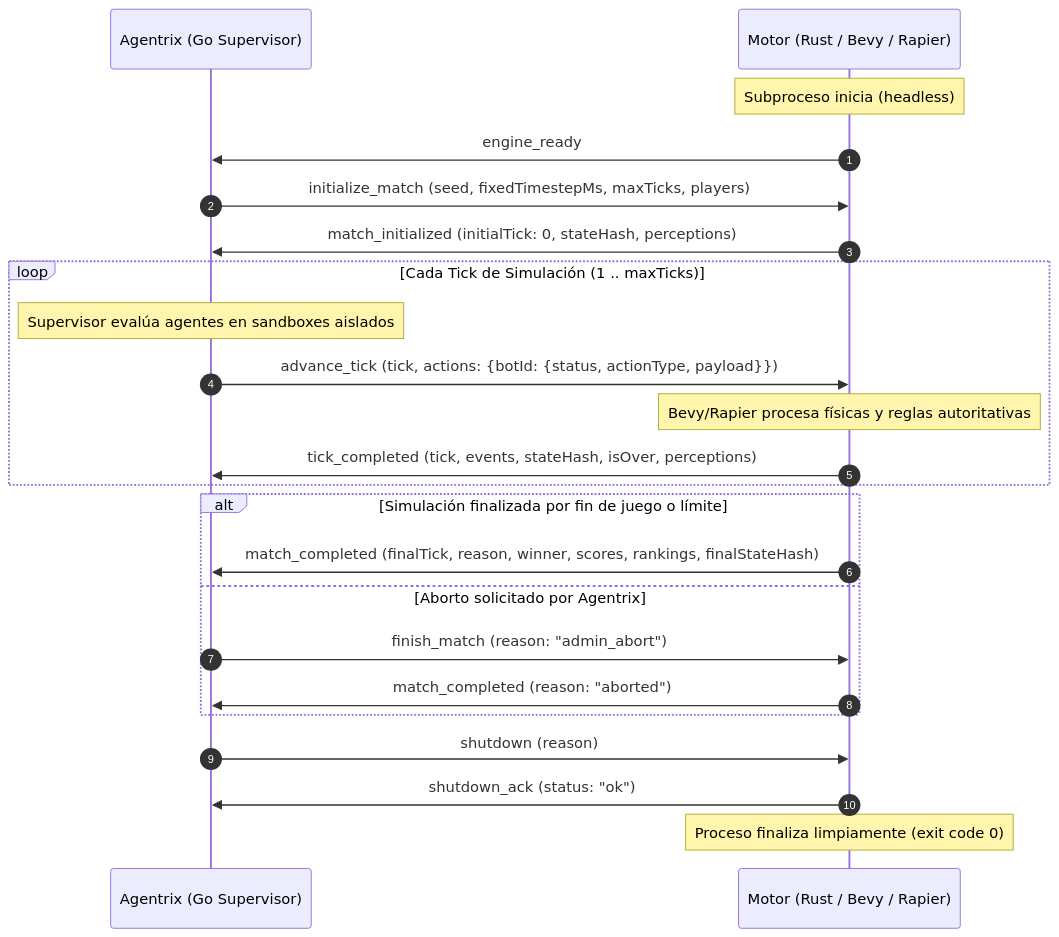
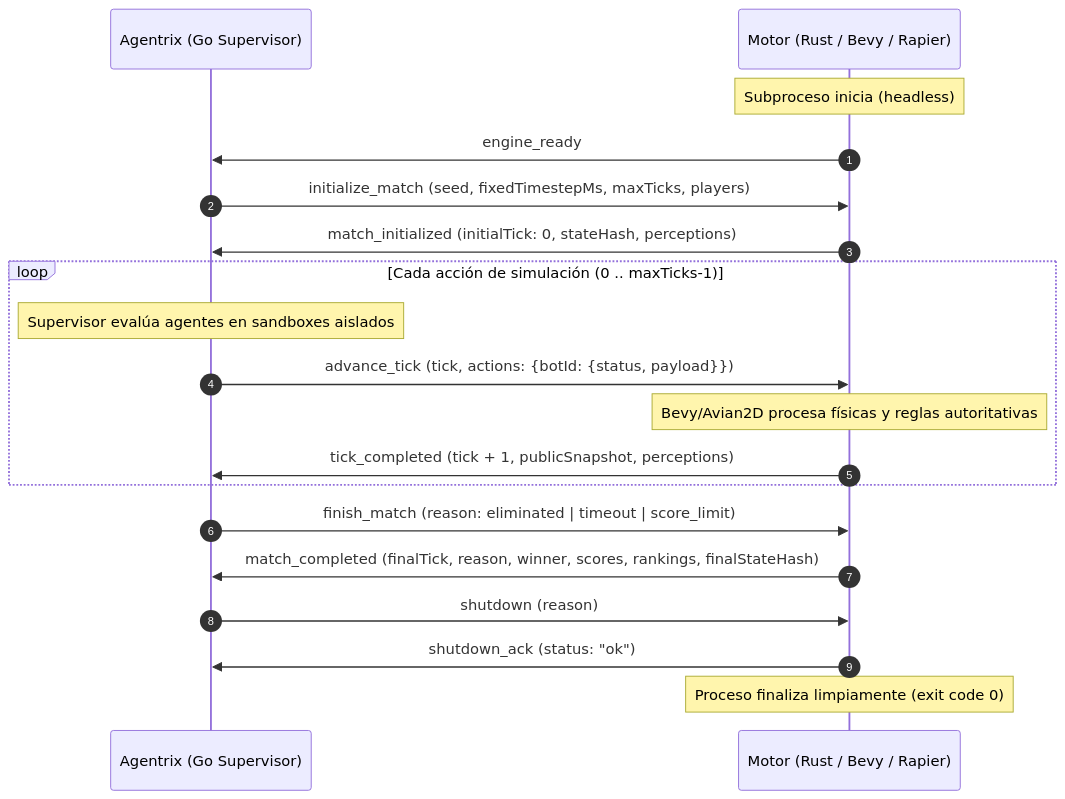
Before and after one commit to Agentrix-Group/Agentrix: the diagram in protocol/engine/v1/README.md, drawn with Mermaid. The commit also changed other lines of this file and 133 other files, not shown here.

````diff
--- a/protocol/engine/v1/README.md
+++ b/protocol/engine/v1/README.md
@@ -53,29 +53,25 @@
 ```mermaid
 sequenceDiagram
     autonumber
     participant A as Agentrix (Go Supervisor)
     participant E as Motor (Rust / Bevy / Rapier)
 
     Note over E: Subproceso inicia (headless)
     E->>A: engine_ready
     A->>E: initialize_match (seed, fixedTimestepMs, maxTicks, players)
     E->>A: match_initialized (initialTick: 0, stateHash, perceptions)
 
-    loop Cada Tick de Simulación (1 .. maxTicks)
+    loop Cada acción de simulación (0 .. maxTicks-1)
         Note over A: Supervisor evalúa agentes en sandboxes aislados
-        A->>E: advance_tick (tick, actions: {botId: {status, actionType, payload}})
-        Note over E: Bevy/Rapier procesa físicas y reglas autoritativas
-        E->>A: tick_completed (tick, events, stateHash, isOver, perceptions)
+        A->>E: advance_tick (tick, actions: {botId: {status, payload}})
+        Note over E: Bevy/Avian2D procesa físicas y reglas autoritativas
+        E->>A: tick_completed (tick + 1, publicSnapshot, perceptions)
     end
 
-    alt Simulación finalizada por fin de juego o límite
-        E->>A: match_completed (finalTick, reason, winner, scores, rankings, finalStateHash)
-    else Aborto solicitado por Agentrix
-        A->>E: finish_match (reason: "admin_abort")
-        E->>A: match_completed (reason: "aborted")
-    end
+    A->>E: finish_match (reason: eliminated | timeout | score_limit)
+    E->>A: match_completed (finalTick, reason, winner, scores, rankings, finalStateHash)
 
     A->>E: shutdown (reason)
     E->>A: shutdown_ack (status: "ok")
     Note over E: Proceso finaliza limpiamente (exit code 0)
 ```
````
